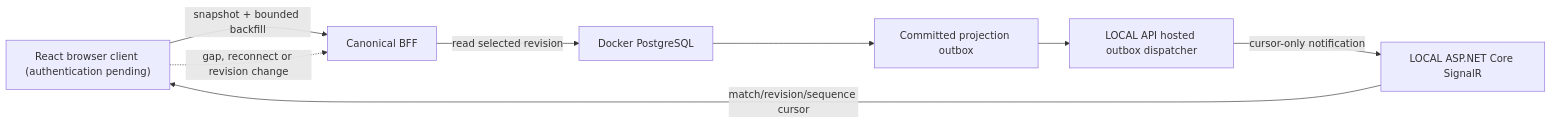
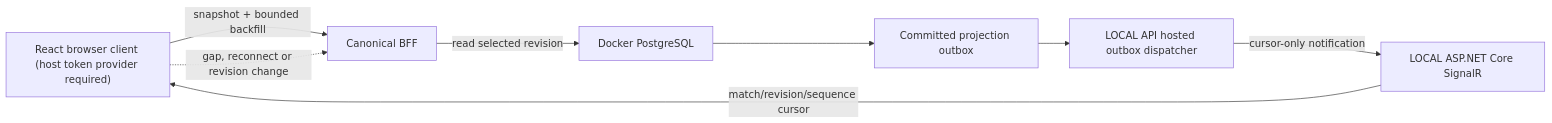
Before and after one commit to prateekgangopadhyay/PitchMind: the second of 3 diagrams in docs/architecture/02-container.md, drawn with Mermaid. The commit also changed other lines of this file and 15 other files, not shown here.

````diff
--- a/docs/architecture/02-container.md
+++ b/docs/architecture/02-container.md
@@ -27,10 +27,10 @@
 ```mermaid
 flowchart LR
-  Browser["React browser client (authentication pending)"] -->|snapshot + bounded backfill| BFF["Canonical BFF"]
+  Browser["React browser client (host token provider required)"] -->|snapshot + bounded backfill| BFF["Canonical BFF"]
   BFF -->|read selected revision| PG["Docker PostgreSQL"]
   PG --> Outbox["Committed projection outbox"]
   Dispatch["LOCAL API hosted outbox dispatcher"] -->|cursor-only notification| Hub["LOCAL ASP.NET Core SignalR"]
   Outbox --> Dispatch
   Hub -->|match/revision/sequence cursor| Browser
   Browser -. "gap, reconnect or revision change" .-> BFF
 ```
````
